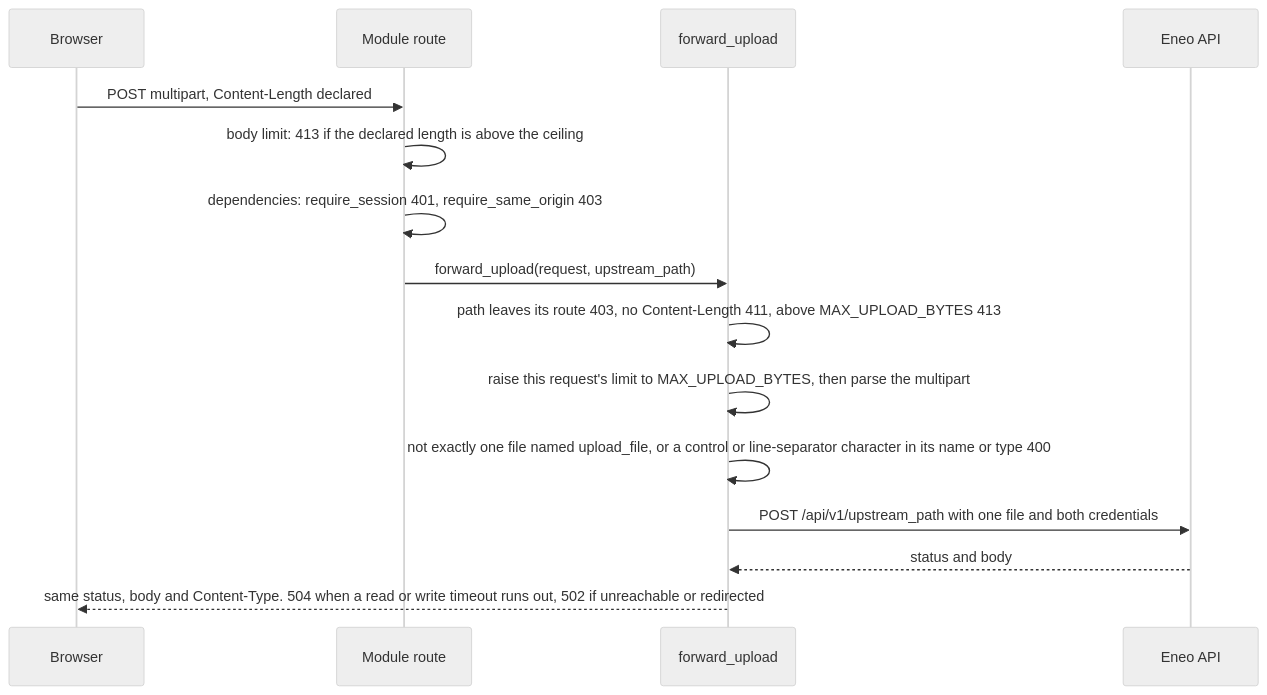
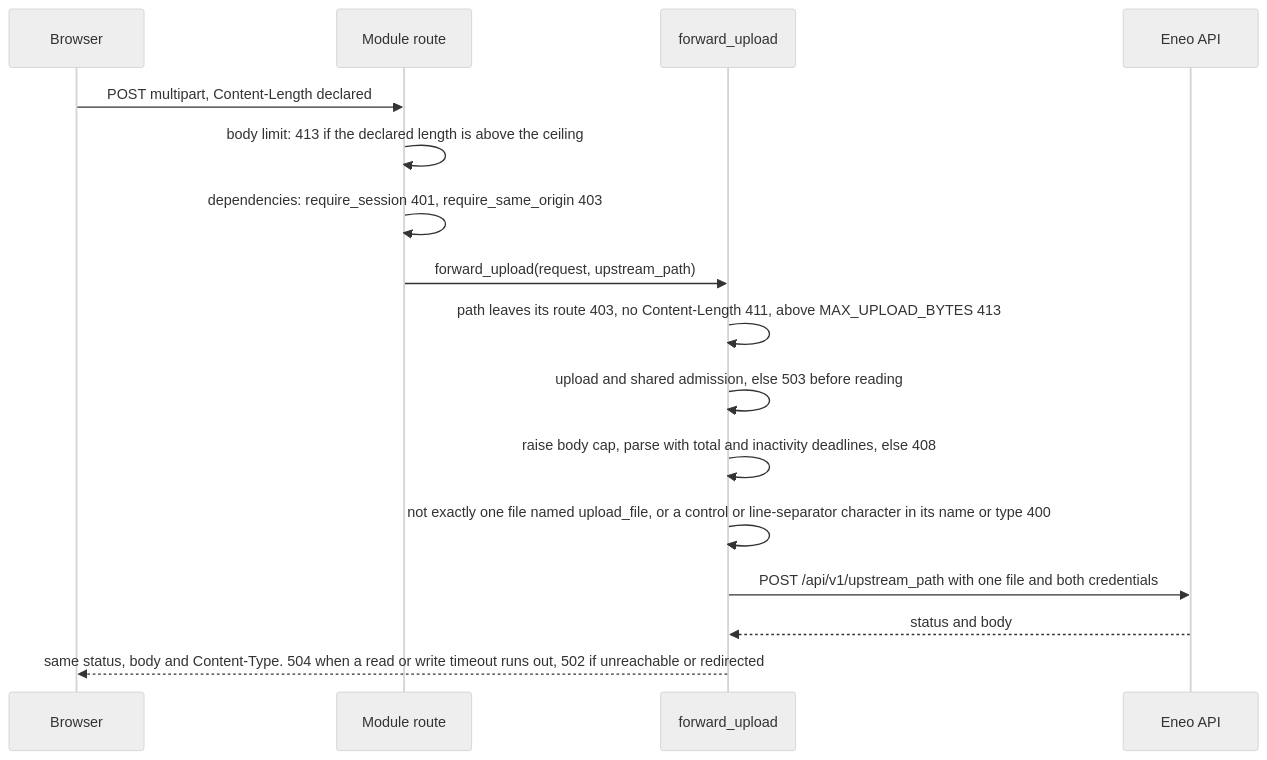
One commit to eneo-ai/eneo-module-kit changed the seventh of 9 diagrams in docs/architecture.md. Above: the diagram before and after it, drawn with Mermaid (neutral theme). The commit also changed other lines of this file and 21 other files, not shown here.

````diff
--- a/docs/architecture.md
+++ b/docs/architecture.md
@@ -187,17 +187,18 @@
 ```mermaid
 sequenceDiagram
   participant B as Browser
   participant R as Module route
   participant F as forward_upload
   participant A as Eneo API
   B->>R: POST multipart, Content-Length declared
   R->>R: body limit: 413 if the declared length is above the ceiling
   R->>R: dependencies: require_session 401, require_same_origin 403
   R->>F: forward_upload(request, upstream_path)
   F->>F: path leaves its route 403, no Content-Length 411, above MAX_UPLOAD_BYTES 413
-  F->>F: raise this request's limit to MAX_UPLOAD_BYTES, then parse the multipart
+  F->>F: upload and shared admission, else 503 before reading
+  F->>F: raise body cap, parse with total and inactivity deadlines, else 408
   F->>F: not exactly one file named upload_file, or a control or line-separator character in its name or type 400
   F->>A: POST /api/v1/upstream_path with one file and both credentials
   A-->>F: status and body
   F-->>B: same status, body and Content-Type. 504 when a read or write timeout runs out, 502 if unreachable or redirected
 ```
````
